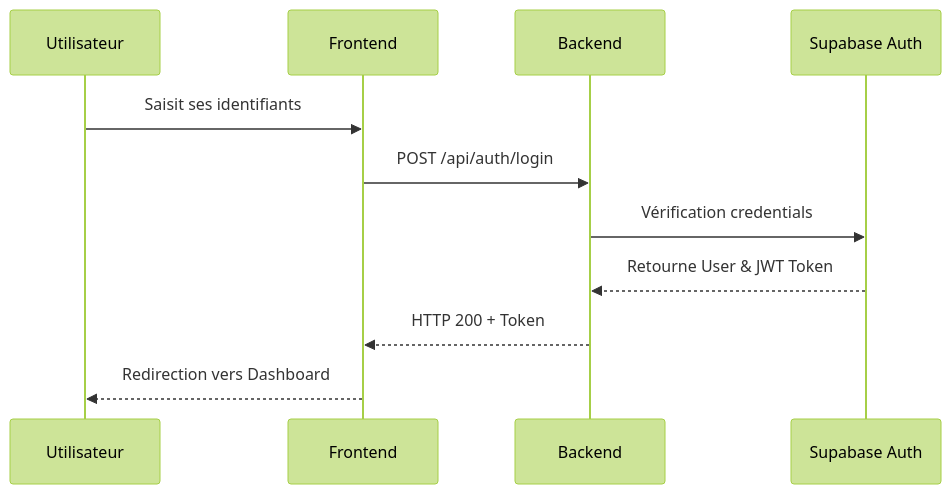
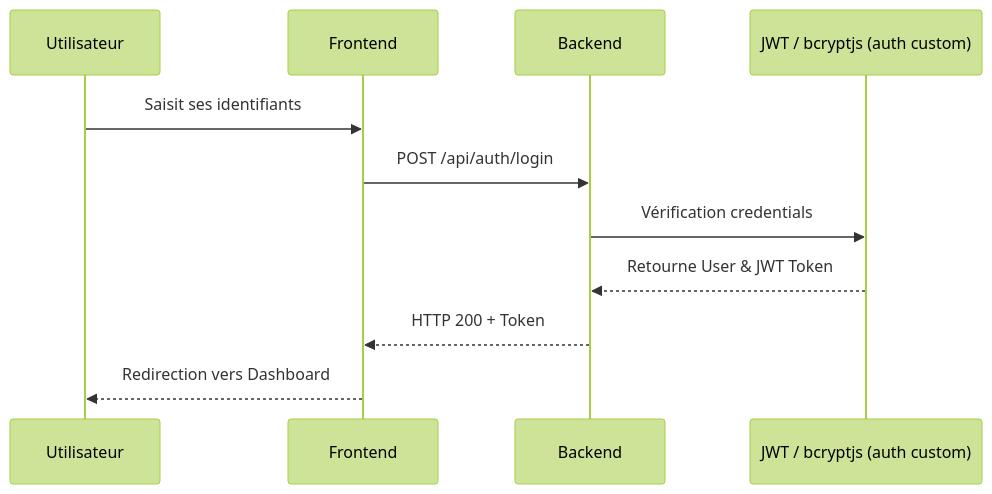
The fifth of 6 diagrams in docs/PORTFOLIO_TECH_DOC.md (loties1533/tripgenie), drawn with Mermaid (forest theme) before and after one commit. The commit also changed other lines of this file and 19 other files, not shown here.

First line of the commit message:
refactor: RNCP5 MVP certification — clean architecture & docs

````diff
--- a/docs/PORTFOLIO_TECH_DOC.md
+++ b/docs/PORTFOLIO_TECH_DOC.md
@@ -156,14 +156,14 @@
 ```mermaid
 sequenceDiagram
     participant U as Utilisateur
     participant F as Frontend
     participant B as Backend
-    participant S as Supabase Auth
+    participant S as JWT / bcryptjs (auth custom)
 
     U->>F: Saisit ses identifiants
     F->>B: POST /api/auth/login
     B->>S: Vérification credentials
     S-->>B: Retourne User & JWT Token
     B-->>F: HTTP 200 + Token
     F-->>U: Redirection vers Dashboard
 ```
````
